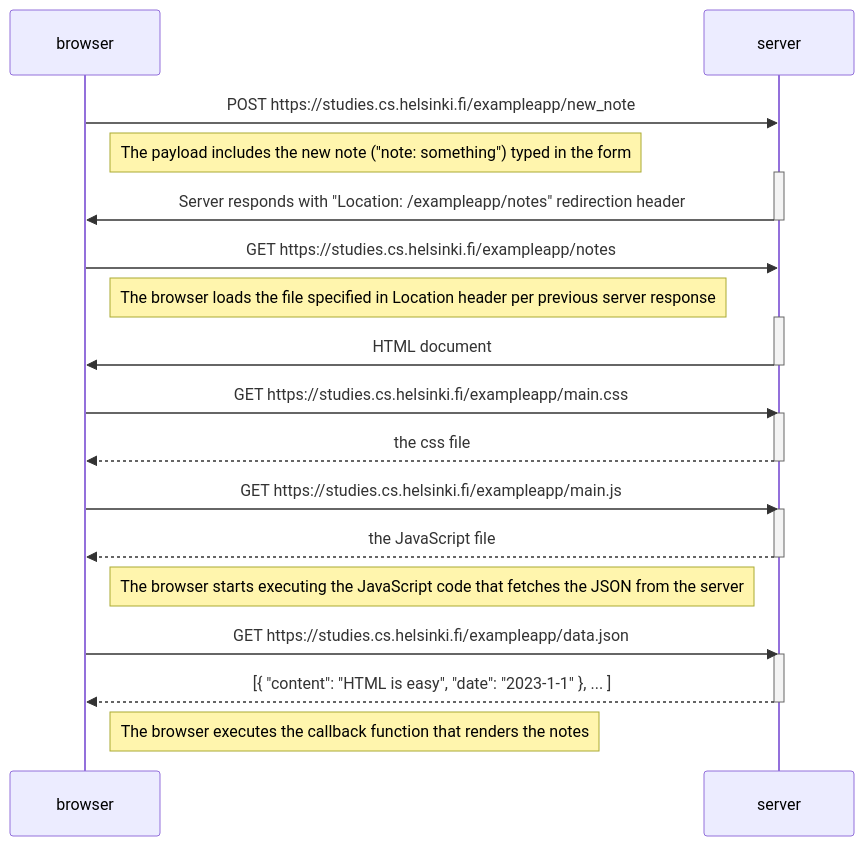
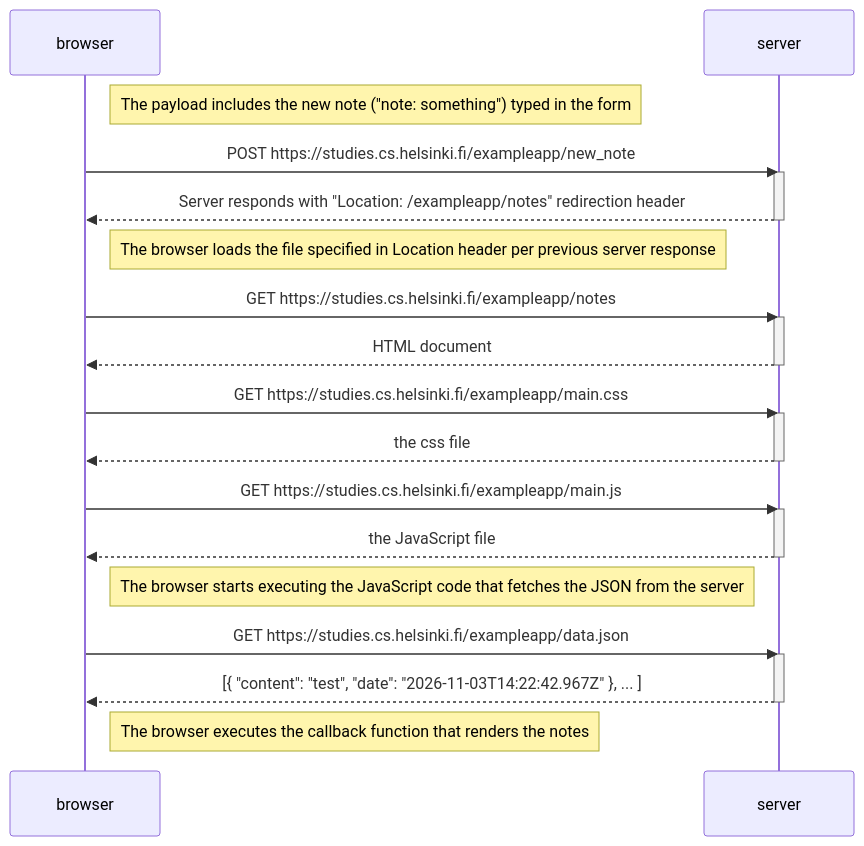
Before and after one commit to ilta/fullstackopen: the diagram in part0/ex_0.4.md, drawn with Mermaid. The commit also changed 2 other files, not shown here.

Commit message:
Minor changes to ex 0.4–0.6

````diff
--- a/part0/ex_0.4.md
+++ b/part0/ex_0.4.md
@@ -2,36 +2,36 @@
 ```mermaid
 sequenceDiagram  
     participant browser
     participant server
 
+    Note right of browser: The payload includes the new note ("note: something") typed in the form
     browser->>server: POST https://studies.cs.helsinki.fi/exampleapp/new_note
-    Note right of browser: The payload includes the new note ("note: something") typed in the form
     activate server
-    server->>browser: Server responds with "Location: /exampleapp/notes" redirection header
+    server-->>browser: Server responds with "Location: /exampleapp/notes" redirection header
     deactivate server
 
+    Note right of browser: The browser loads the file specified in Location header per previous server response
     browser->>server: GET https://studies.cs.helsinki.fi/exampleapp/notes
-    Note right of browser: The browser loads the file specified in Location header per previous server response
     activate server
-    server->>browser: HTML document
+    server-->>browser: HTML document
     deactivate server
 
     browser->>server: GET https://studies.cs.helsinki.fi/exampleapp/main.css
     activate server
     server-->>browser: the css file
     deactivate server
 
     browser->>server: GET https://studies.cs.helsinki.fi/exampleapp/main.js
     activate server
     server-->>browser: the JavaScript file
     deactivate server
 
     Note right of browser: The browser starts executing the JavaScript code that fetches the JSON from the server
 
     browser->>server: GET https://studies.cs.helsinki.fi/exampleapp/data.json
     activate server
-    server-->>browser: [{ "content": "HTML is easy", "date": "2023-1-1" }, ... ]
+    server-->>browser: [{ "content": "test", "date": "2026-11-03T14:22:42.967Z" }, ... ]
     deactivate server
 
     Note right of browser: The browser executes the callback function that renders the notes
 ```
````
